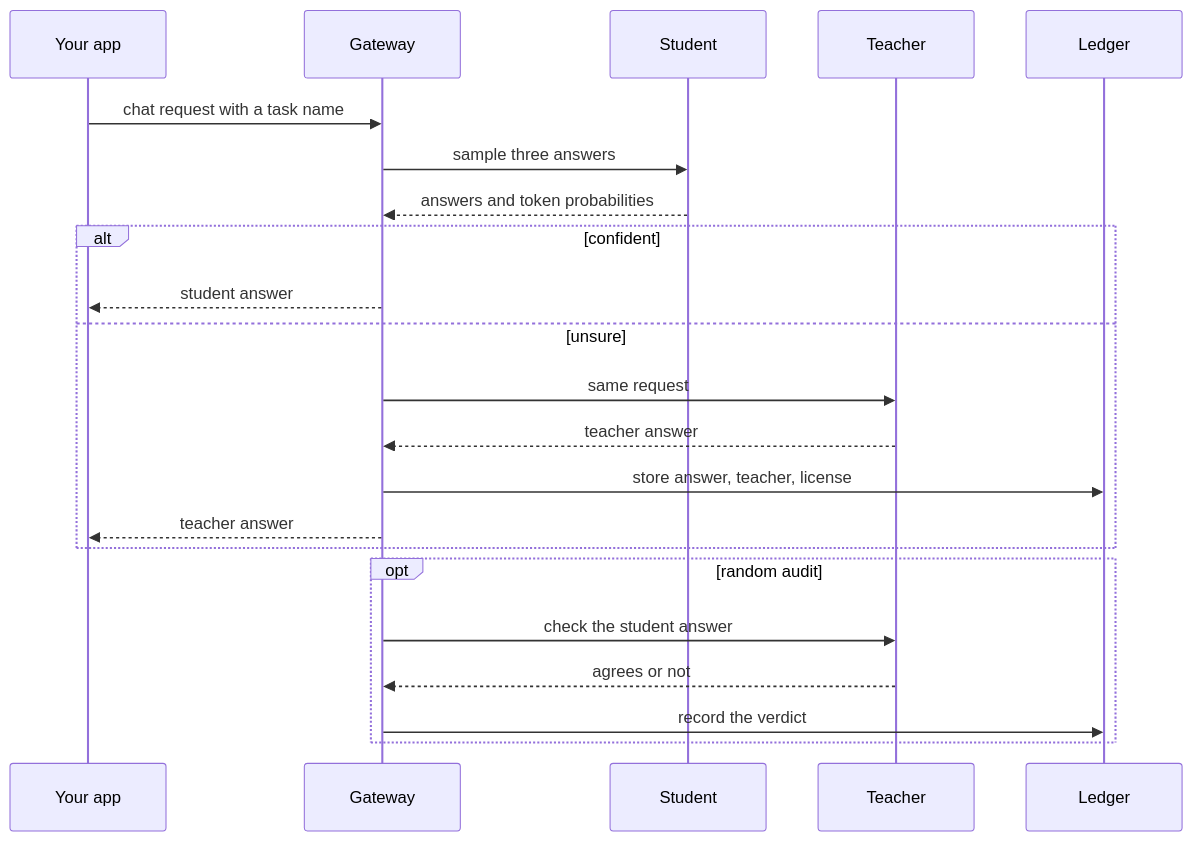
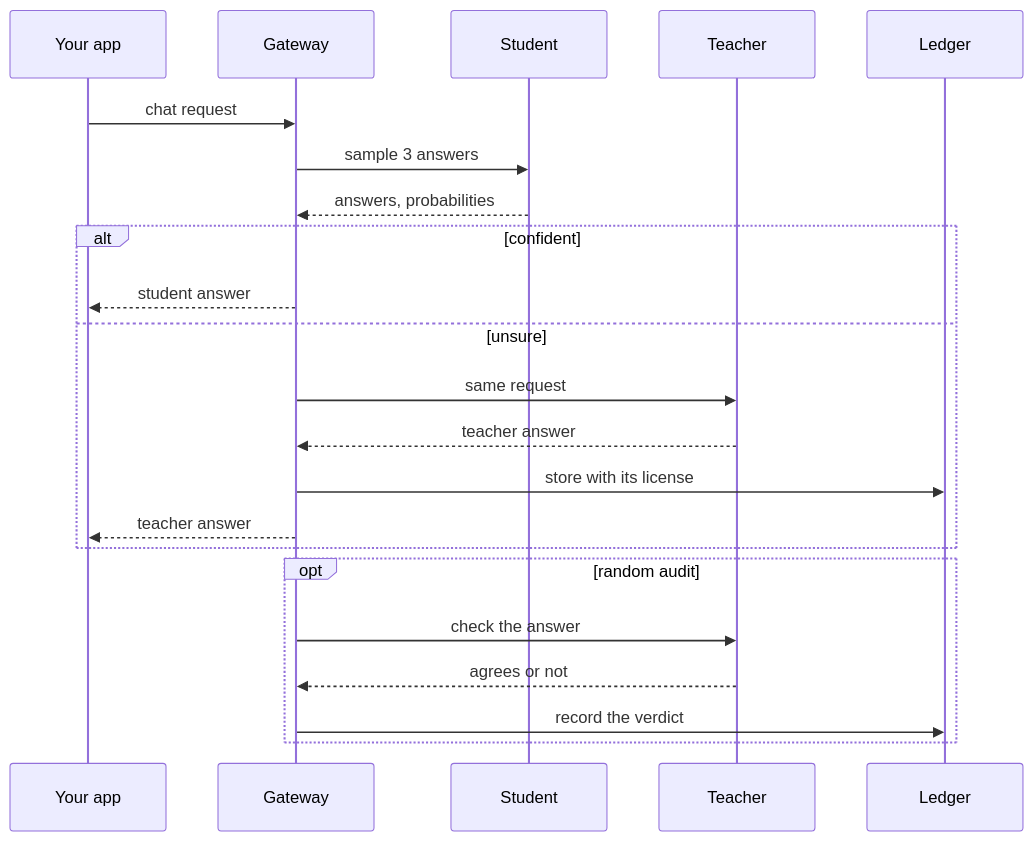
Before and after one commit to harshbhx/ratchet: the second of 2 diagrams in docs-site/src/content/docs/guides/what-is-ratchet.mdx, drawn with Mermaid. The commit also changed other lines of this file and 25 other files, not shown here.

````diff
--- a/docs-site/src/content/docs/guides/what-is-ratchet.mdx
+++ b/docs-site/src/content/docs/guides/what-is-ratchet.mdx
@@ -58,24 +108,24 @@
 ```mermaid
 sequenceDiagram
   participant A as Your app
   participant G as Gateway
-  participant S as Student
-  participant T as Teacher
-  participant L as Ledger
-  A->>G: chat request with a task name
-  G->>S: sample three answers
-  S-->>G: answers and token probabilities
+  participant Student as Student
+  participant Teacher as Teacher
+  participant Ledger as Ledger
+  A->>G: chat request
+  G->>Student: sample 3 answers
+  Student-->>G: answers, probabilities
   alt confident
     G-->>A: student answer
   else unsure
-    G->>T: same request
-    T-->>G: teacher answer
-    G->>L: store answer, teacher, license
+    G->>Teacher: same request
+    Teacher-->>G: teacher answer
+    G->>Ledger: store with its license
     G-->>A: teacher answer
   end
   opt random audit
-    G->>T: check the student answer
-    T-->>G: agrees or not
-    G->>L: record the verdict
+    G->>Teacher: check the answer
+    Teacher-->>G: agrees or not
+    G->>Ledger: record the verdict
   end
 ```
````
